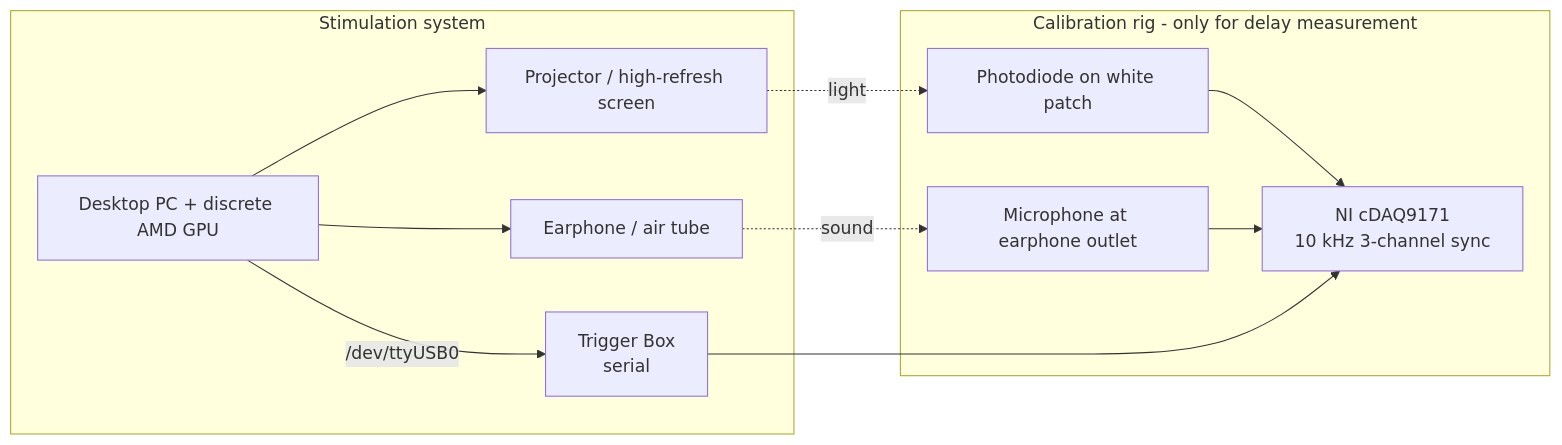
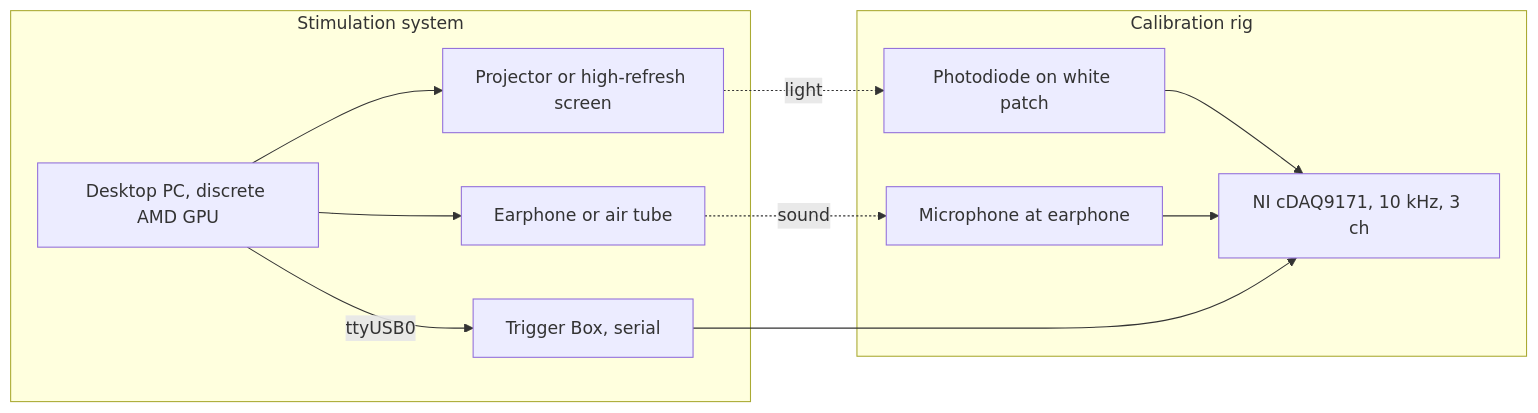
One commit to Echoguwy/ptb-av-timing changed the second of 6 diagrams in High-Precision-AV-Stimulation-Manual.md. Above: the diagram before and after it, drawn with Mermaid. The commit also changed other lines of this file and 1 other file, not shown here.

Commit message:
Fix English Mermaid diagrams that GitHub could not parse.

````diff
--- a/High-Precision-AV-Stimulation-Manual.md
+++ b/High-Precision-AV-Stimulation-Manual.md
@@ -56,22 +56,22 @@
 ```mermaid
 flowchart LR
-    subgraph A[Stimulation system]
-        PC[Desktop PC + discrete AMD GPU]
-        PROJ[Projector / high-refresh screen]
-        HP[Earphone / air tube]
-        TB[Trigger Box<br/>serial]
+    subgraph stim [Stimulation system]
+        PC["Desktop PC, discrete AMD GPU"]
+        PROJ["Projector or high-refresh screen"]
+        HP["Earphone or air tube"]
+        TB["Trigger Box, serial"]
         PC --> PROJ
         PC --> HP
-        PC -->|/dev/ttyUSB0| TB
+        PC -->|ttyUSB0| TB
     end
-    subgraph B[Calibration rig - only for delay measurement]
-        PD[Photodiode on white patch]
-        MIC[Microphone at earphone outlet]
-        NI[NI cDAQ9171<br/>10 kHz 3-channel sync]
+    subgraph cal [Calibration rig]
+        PD["Photodiode on white patch"]
+        MIC["Microphone at earphone"]
+        NI["NI cDAQ9171, 10 kHz, 3 ch"]
         PD --> NI
         MIC --> NI
         TB --> NI
     end
-    PROJ -.light.-> PD
-    HP -.sound.-> MIC
+    PROJ -.->|light| PD
+    HP -.->|sound| MIC
 ```
````
